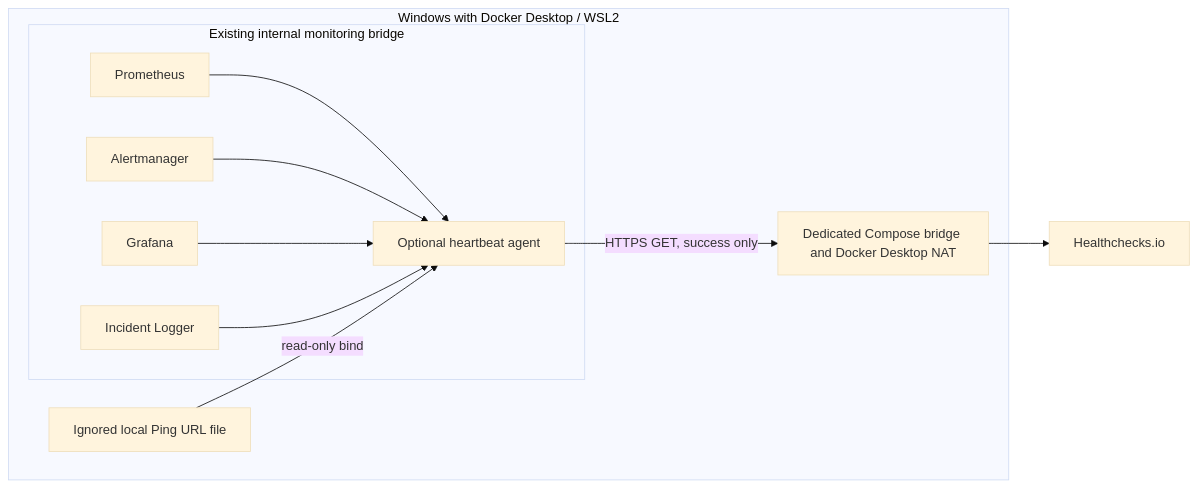
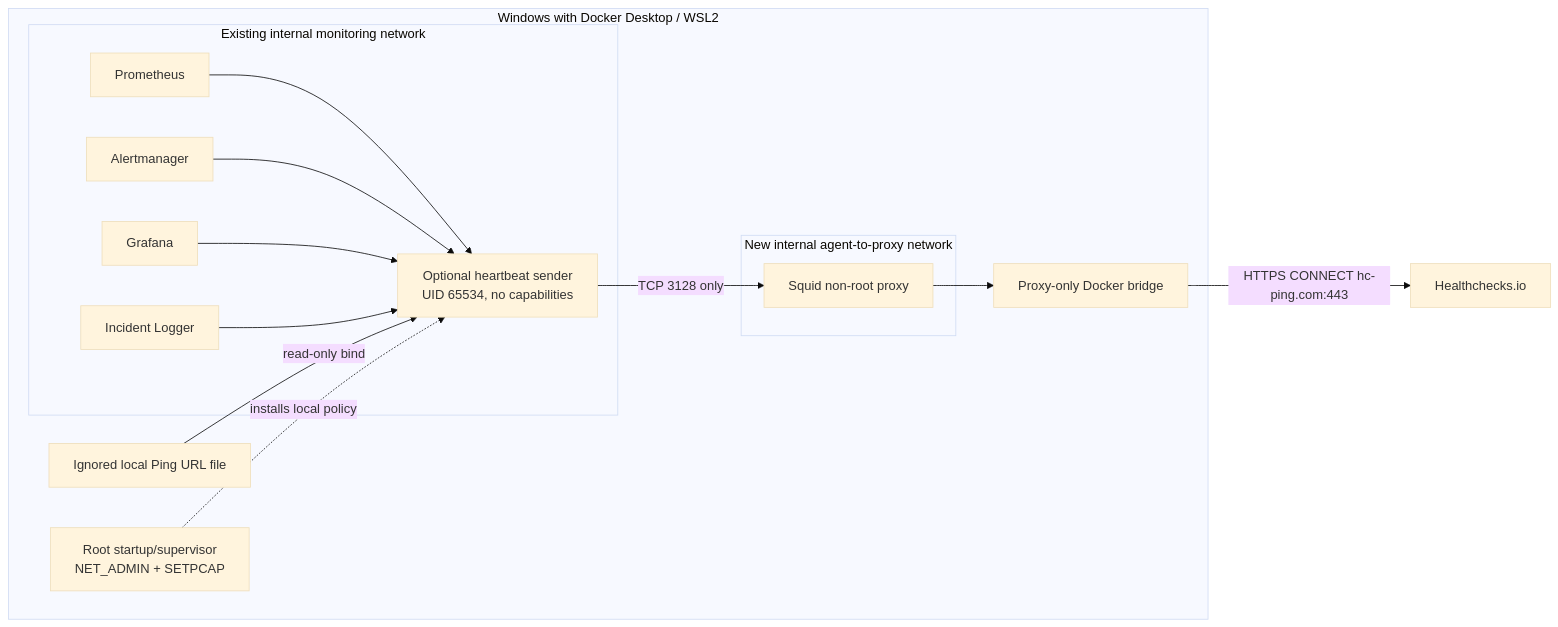
The diagram in docs/external-heartbeat.md (charrixxz23/it-infrastructure-monitoring-center), drawn with Mermaid (base theme) before and after one commit. The commit also changed other lines of this file and 11 other files, not shown here.

Commit message:
feat(heartbeat): enforce fail-closed proxy egress

````diff
--- a/docs/external-heartbeat.md
+++ b/docs/external-heartbeat.md
@@ -22,14 +22,18 @@
 ```mermaid
 flowchart LR
     subgraph Host[Windows with Docker Desktop / WSL2]
-        subgraph MonitorNet[Existing internal monitoring bridge]
-            Prometheus --> Agent[Optional heartbeat agent]
+        subgraph Monitor[Existing internal monitoring network]
+            Prometheus --> Agent
             Alertmanager --> Agent
             Grafana --> Agent
             IncidentLogger[Incident Logger] --> Agent
         end
+        subgraph Private[New internal agent-to-proxy network]
+            Agent[Optional heartbeat sender\nUID 65534, no capabilities] -->|TCP 3128 only| Squid[Squid non-root proxy]
+        end
         Secret[Ignored local Ping URL file] -->|read-only bind| Agent
-        Agent -->|HTTPS GET, success only| Egress[Dedicated Compose bridge and Docker Desktop NAT]
+        Guard[Root startup/supervisor\nNET_ADMIN + SETPCAP] -. installs local policy .-> Agent
+        Squid --> Uplink[Proxy-only Docker bridge]
     end
-    Egress --> HC[Healthchecks.io]
+    Uplink -->|HTTPS CONNECT hc-ping.com:443| HC[Healthchecks.io]
 ```
````
